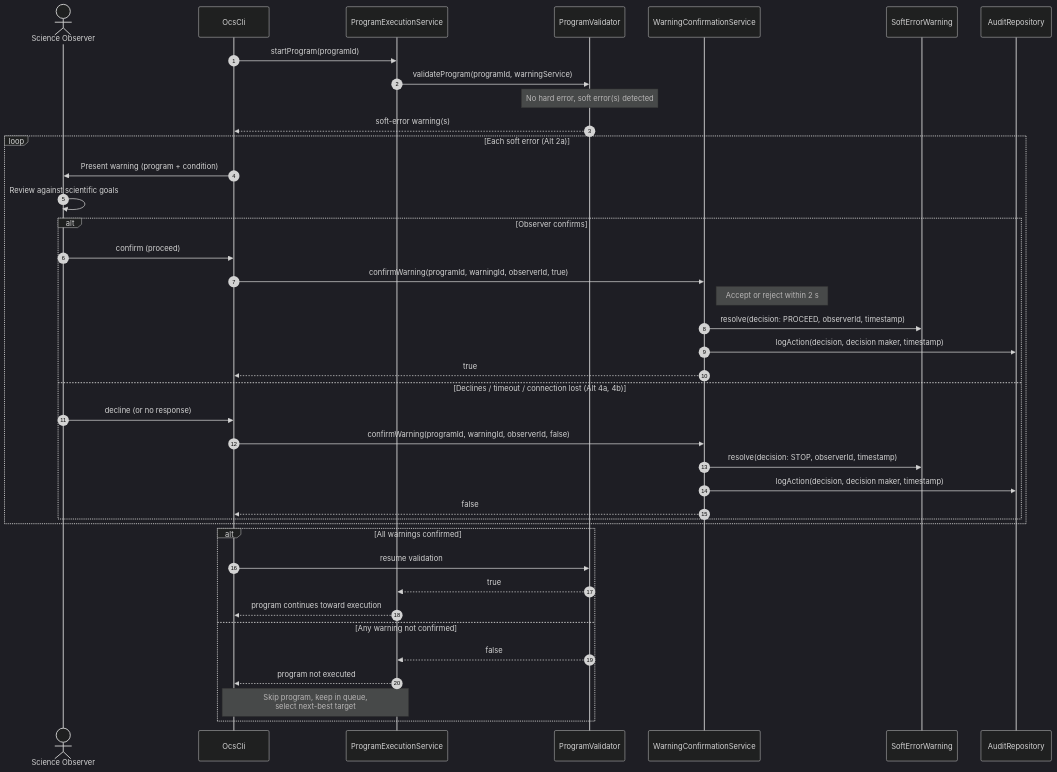
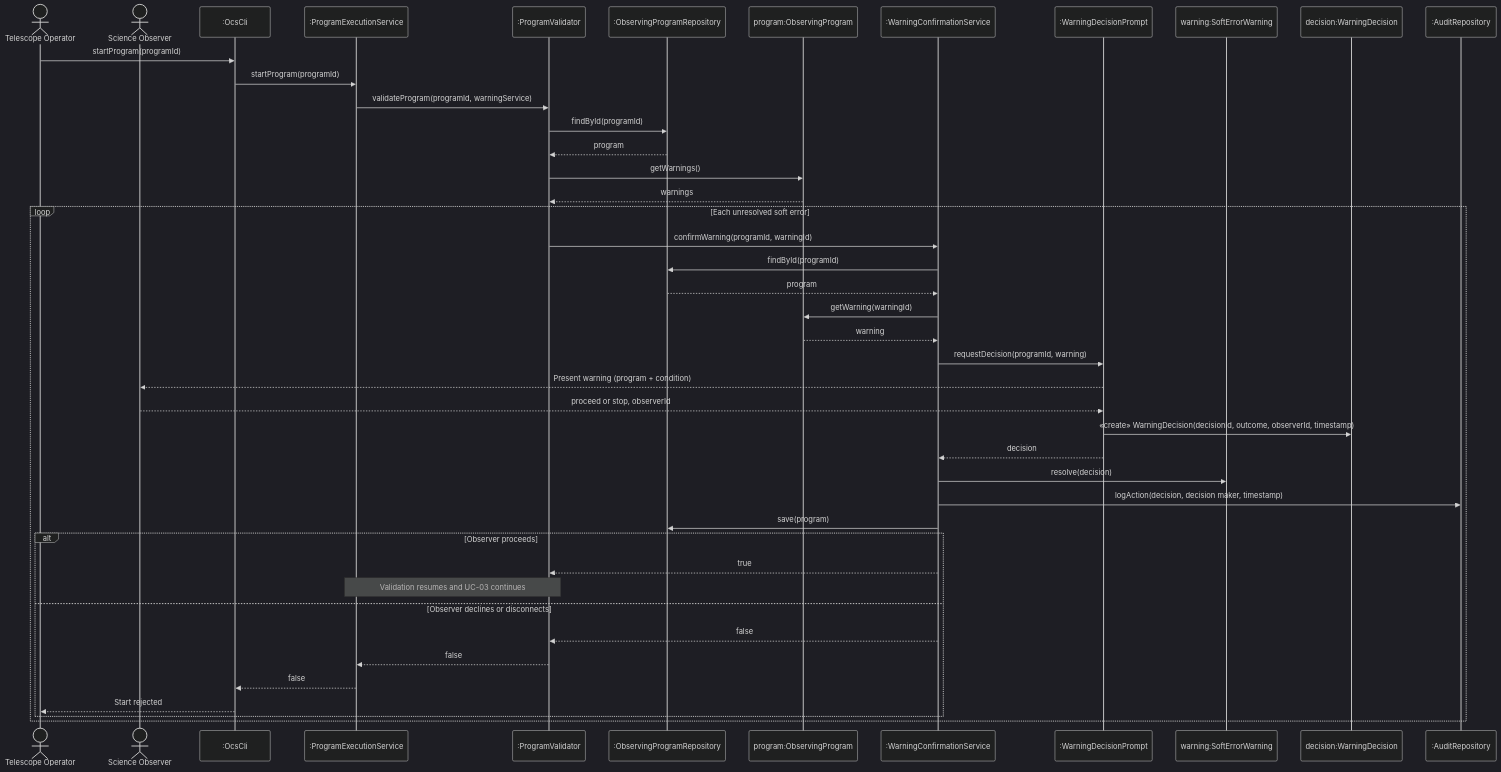
The diagram in SW-design/UC-01_Confirm_Soft-Error_Warning_Sequence.md (WRNT-P/SW-design), drawn with Mermaid (dark theme) before and after one commit. The commit also changed 21 other files, not shown here.

````diff
--- a/SW-design/UC-01_Confirm_Soft-Error_Warning_Sequence.md
+++ b/SW-design/UC-01_Confirm_Soft-Error_Warning_Sequence.md
@@ -1,46 +3,47 @@
 ```mermaid
 sequenceDiagram
-    autonumber
+    actor TO as Telescope Operator
     actor SO as Science Observer
-    participant CLI as OcsCli
-    participant EXE as ProgramExecutionService
-    participant VAL as ProgramValidator
-    participant WCS as WarningConfirmationService
-    participant WRN as SoftErrorWarning
-    participant AUD as AuditRepository
+    participant CLI as :OcsCli
+    participant EXE as :ProgramExecutionService
+    participant VAL as :ProgramValidator
+    participant REPO as :ObservingProgramRepository
+    participant PROG as program:ObservingProgram
+    participant WCS as :WarningConfirmationService
+    participant PROMPT as :WarningDecisionPrompt
+    participant WRN as warning:SoftErrorWarning
+    participant DEC as decision:WarningDecision
+    participant AUD as :AuditRepository
 
+    TO->>CLI: startProgram(programId)
     CLI->>EXE: startProgram(programId)
     EXE->>VAL: validateProgram(programId, warningService)
-    Note over VAL: No hard error, soft error(s) detected
-    VAL-->>CLI: soft-error warning(s)
-
-    loop Each soft error (Alt 2a)
-        CLI->>SO: Present warning (program + condition)
-        SO->>SO: Review against scientific goals
-
-        alt Observer confirms
-            SO->>CLI: confirm (proceed)
-            CLI->>WCS: confirmWarning(programId, warningId, observerId, true)
-            Note right of WCS: Accept or reject within 2 s
-            WCS->>WRN: resolve(decision: PROCEED, observerId, timestamp)
-            WCS->>AUD: logAction(decision, decision maker, timestamp)
-            WCS-->>CLI: true
-        else Declines / timeout / connection lost (Alt 4a, 4b)
-            SO->>CLI: decline (or no response)
-            CLI->>WCS: confirmWarning(programId, warningId, observerId, false)
-            WCS->>WRN: resolve(decision: STOP, observerId, timestamp)
-            WCS->>AUD: logAction(decision, decision maker, timestamp)
-            WCS-->>CLI: false
+    VAL->>REPO: findById(programId)
+    REPO-->>VAL: program
+    VAL->>PROG: getWarnings()
+    PROG-->>VAL: warnings
+    loop Each unresolved soft error
+        VAL->>WCS: confirmWarning(programId, warningId)
+        WCS->>REPO: findById(programId)
+        REPO-->>WCS: program
+        WCS->>PROG: getWarning(warningId)
+        PROG-->>WCS: warning
+        WCS->>PROMPT: requestDecision(programId, warning)
+        PROMPT-->>SO: Present warning (program + condition)
+        SO-->>PROMPT: proceed or stop, observerId
+        PROMPT->>DEC: «create» WarningDecision(decisionId, outcome, observerId, timestamp)
+        PROMPT-->>WCS: decision
+        WCS->>WRN: resolve(decision)
+        WCS->>AUD: logAction(decision, decision maker, timestamp)
+        WCS->>REPO: save(program)
+        alt Observer proceeds
+            WCS-->>VAL: true
+            Note over VAL,EXE: Validation resumes and UC-03 continues
+        else Observer declines or disconnects
+            WCS-->>VAL: false
+            VAL-->>EXE: false
+            EXE-->>CLI: false
+            CLI-->>TO: Start rejected
         end
     end
-
-    alt All warnings confirmed
-        CLI->>VAL: resume validation
-        VAL-->>EXE: true
-        EXE-->>CLI: program continues toward execution
-    else Any warning not confirmed
-        VAL-->>EXE: false
-        EXE-->>CLI: program not executed
-        Note over EXE,CLI: Skip program, keep in queue,<br/>select next-best target
-    end
 ```
````
